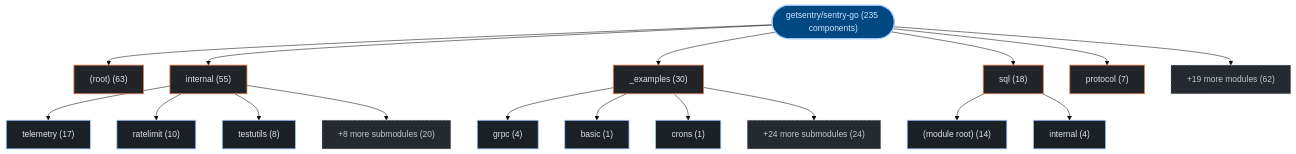
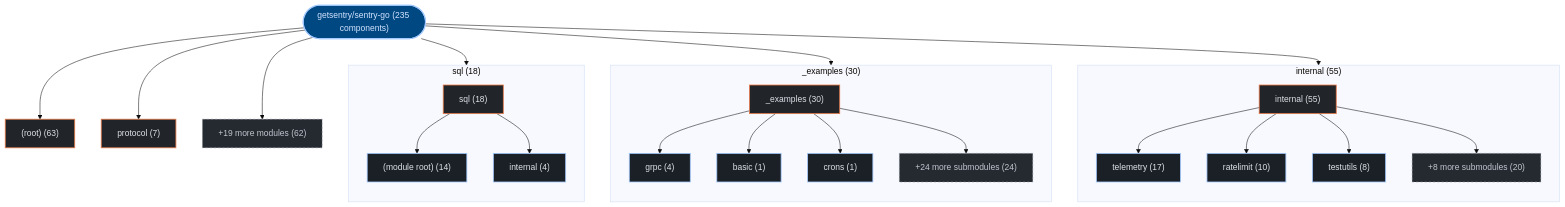
Before and after one commit to kumarshaz/atruss-code-atlas: the first of 3 diagrams in exports/latest/reports/getsentry-sentry-go-report.md, drawn with Mermaid (base theme). The commit also changed 178 other files, not shown here.

Commit message:
feat(ui,mermaid): upgrade to mermaid v12 + ELK layout, add orgs-summary + pagination, subgraph building blocks, fix tab alignment

````diff
--- a/exports/latest/reports/getsentry-sentry-go-report.md
+++ b/exports/latest/reports/getsentry-sentry-go-report.md
@@ -42,43 +42,52 @@
 ```mermaid
 graph TD;
   classDef atlasRoot fill:#004882,stroke:#a3c9ff,stroke-width:2px,color:#d3e4ff
   classDef atlasCategory fill:#212428,stroke:#E87A48,stroke-width:1.5px,color:#dfe3eb
   classDef atlasWorkflow fill:#1b2026,stroke:#a3c9ff,stroke-width:1.5px,color:#dfe3eb
   classDef atlasJob fill:#171c22,stroke:#8d9199,stroke-width:1px,color:#dfe3eb
   classDef atlasTarget fill:#005227,stroke:#8bd99b,stroke-width:1.5px,color:#a7f6b6
   classDef atlasAlert fill:#93000a,stroke:#ffb4ab,stroke-width:1.5px,color:#ffdad6
   classDef atlasMore fill:#252a31,stroke:#8d9199,stroke-dasharray:4 4,color:#c3c6cf
     repo_root(["getsentry/sentry-go (235 components)"]):::atlasRoot
     dir_0__root_["(root) (63)"]:::atlasCategory
     repo_root --> dir_0__root_
-    dir_1_internal["internal (55)"]:::atlasCategory
+    subgraph sg_dir_1_internal["internal (55)"]
+      direction TB
+      dir_1_internal["internal (55)"]:::atlasCategory
+      sub_1_0_telemetry["telemetry (17)"]:::atlasWorkflow
+      dir_1_internal --> sub_1_0_telemetry
+      sub_1_1_ratelimit["ratelimit (10)"]:::atlasWorkflow
+      dir_1_internal --> sub_1_1_ratelimit
+      sub_1_2_testutils["testutils (8)"]:::atlasWorkflow
+      dir_1_internal --> sub_1_2_testutils
+      sub_1_more["+8 more submodules (20)"]:::atlasMore
+      dir_1_internal --> sub_1_more
+    end
     repo_root --> dir_1_internal
-    sub_1_0_telemetry["telemetry (17)"]:::atlasWorkflow
-    dir_1_internal --> sub_1_0_telemetry
-    sub_1_1_ratelimit["ratelimit (10)"]:::atlasWorkflow
-    dir_1_internal --> sub_1_1_ratelimit
-    sub_1_2_testutils["testutils (8)"]:::atlasWorkflow
-    dir_1_internal --> sub_1_2_testutils
-    sub_1_more["+8 more submodules (20)"]:::atlasMore
-    dir_1_internal --> sub_1_more
-    dir_2__examples["_examples (30)"]:::atlasCategory
+    subgraph sg_dir_2__examples["_examples (30)"]
+      direction TB
+      dir_2__examples["_examples (30)"]:::atlasCategory
+      sub_2_0_grpc["grpc (4)"]:::atlasWorkflow
+      dir_2__examples --> sub_2_0_grpc
+      sub_2_1_basic["basic (1)"]:::atlasWorkflow
+      dir_2__examples --> sub_2_1_basic
+      sub_2_2_crons["crons (1)"]:::atlasWorkflow
+      dir_2__examples --> sub_2_2_crons
+      sub_2_more["+24 more submodules (24)"]:::atlasMore
+      dir_2__examples --> sub_2_more
+    end
     repo_root --> dir_2__examples
-    sub_2_0_grpc["grpc (4)"]:::atlasWorkflow
-    dir_2__examples --> sub_2_0_grpc
-    sub_2_1_basic["basic (1)"]:::atlasWorkflow
-    dir_2__examples --> sub_2_1_basic
-    sub_2_2_crons["crons (1)"]:::atlasWorkflow
-    dir_2__examples --> sub_2_2_crons
-    sub_2_more["+24 more submodules (24)"]:::atlasMore
-    dir_2__examples --> sub_2_more
-    dir_3_sql["sql (18)"]:::atlasCategory
+    subgraph sg_dir_3_sql["sql (18)"]
+      direction TB
+      dir_3_sql["sql (18)"]:::atlasCategory
+      sub_3_0__module_root_["(module root) (14)"]:::atlasWorkflow
+      dir_3_sql --> sub_3_0__module_root_
+      sub_3_1_internal["internal (4)"]:::atlasWorkflow
+      dir_3_sql --> sub_3_1_internal
+    end
     repo_root --> dir_3_sql
-    sub_3_0__module_root_["(module root) (14)"]:::atlasWorkflow
-    dir_3_sql --> sub_3_0__module_root_
-    sub_3_1_internal["internal (4)"]:::atlasWorkflow
-    dir_3_sql --> sub_3_1_internal
     dir_4_protocol["protocol (7)"]:::atlasCategory
     repo_root --> dir_4_protocol
     dir_other_modules["+19 more modules (62)"]:::atlasMore
     repo_root --> dir_other_modules
 ```
````
